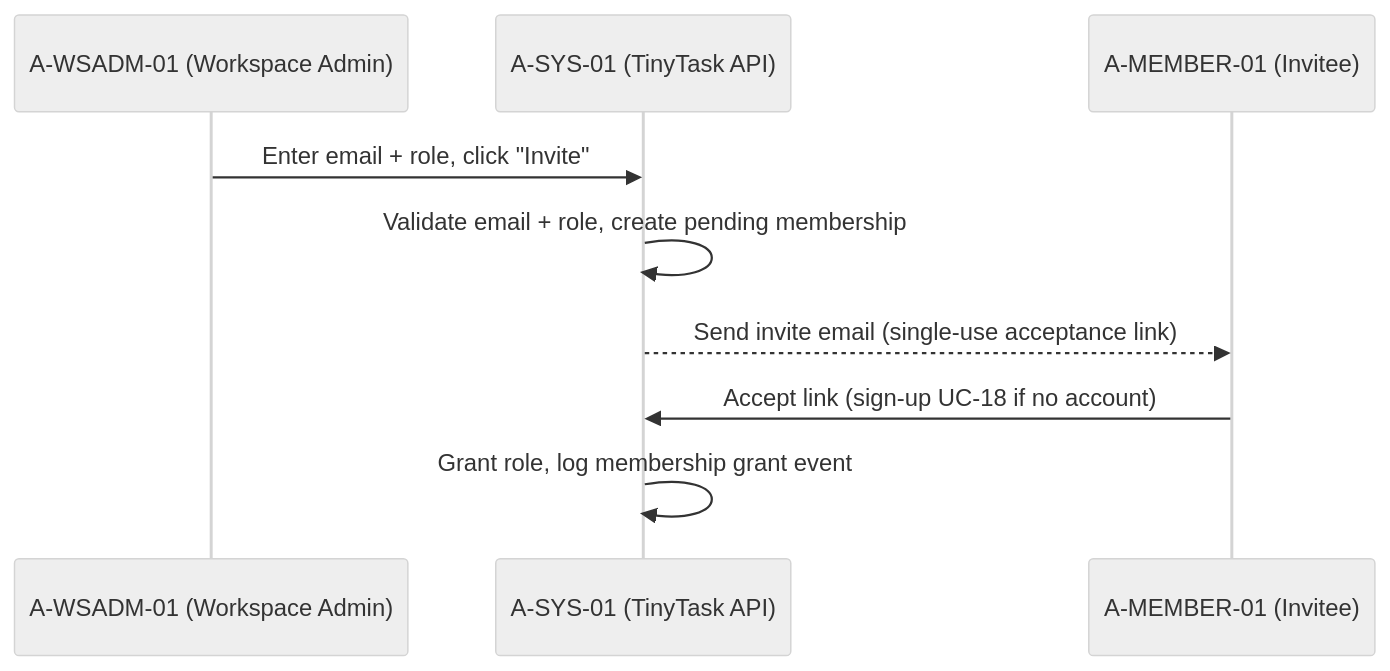
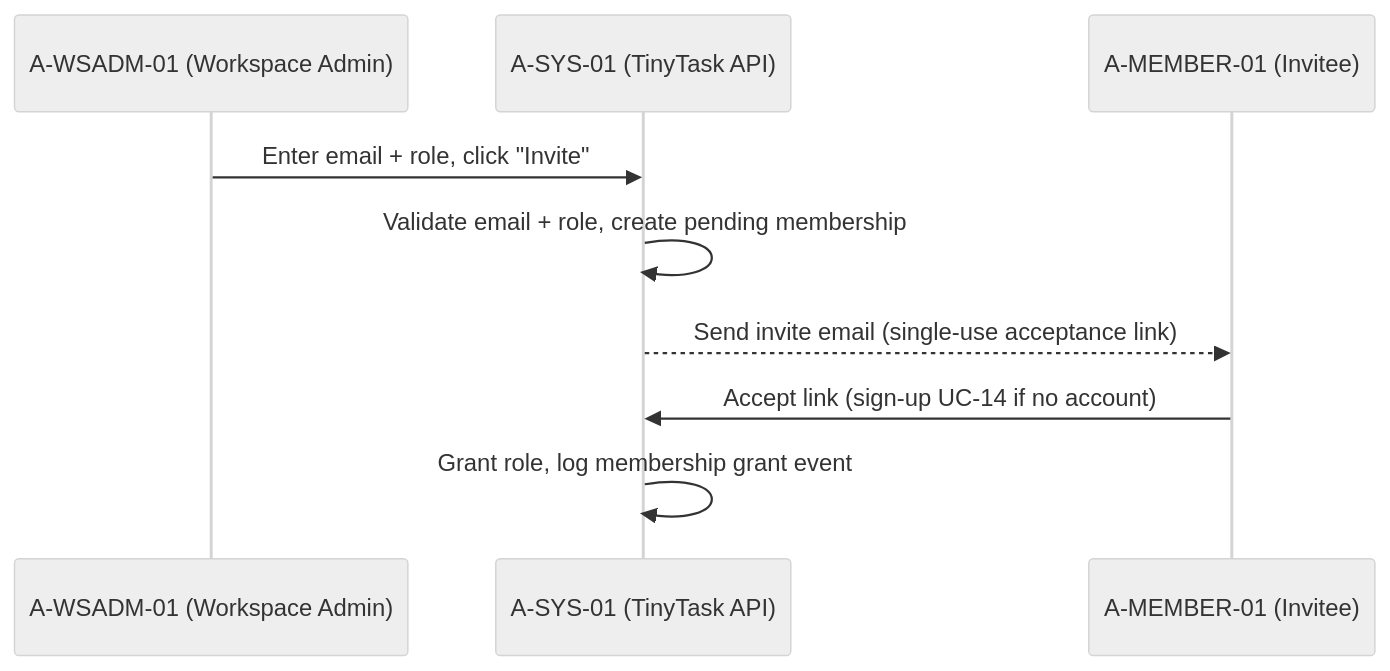
One commit to pauloribeiro16/Methodology_compact changed the fifth of 23 diagrams in 02_CASES/Case_01_TinyTask_SaaS/03_PHASE3_DECOMPOSITION_RICH/annexes/B_Sequence_Diagrams.md. Above: the diagram before and after it, drawn with Mermaid (neutral theme). The commit also changed other lines of this file and 23 other files, not shown here.

Commit message:
[EXECUTOR] F3 ledger-zero C1: 4 borderline re-laned (UC-07/11/12/16 → PROC-18..21, P7) + compact renumber (36 UCs: compliance 01..13, product 14..36); Doc20 v3.4 + Doc32 v1.3 (4 SSDF cards + articulation) + annexes/SVGs; gates green (verify_rich exit 0, mermaid 196/196, smoke 16/16)

````diff
--- a/02_CASES/Case_01_TinyTask_SaaS/03_PHASE3_DECOMPOSITION_RICH/annexes/B_Sequence_Diagrams.md
+++ b/02_CASES/Case_01_TinyTask_SaaS/03_PHASE3_DECOMPOSITION_RICH/annexes/B_Sequence_Diagrams.md
@@ -73,11 +73,11 @@
 ```mermaid
 sequenceDiagram
     participant ADM as A-WSADM-01 (Workspace Admin)
     participant SYS as A-SYS-01 (TinyTask API)
     participant INV as A-MEMBER-01 (Invitee)
     ADM->>SYS: Enter email + role, click "Invite"
     SYS->>SYS: Validate email + role, create pending membership
     SYS-->>INV: Send invite email (single-use acceptance link)
-    INV->>SYS: Accept link (sign-up UC-18 if no account)
+    INV->>SYS: Accept link (sign-up UC-14 if no account)
     SYS->>SYS: Grant role, log membership grant event
 ```
````
